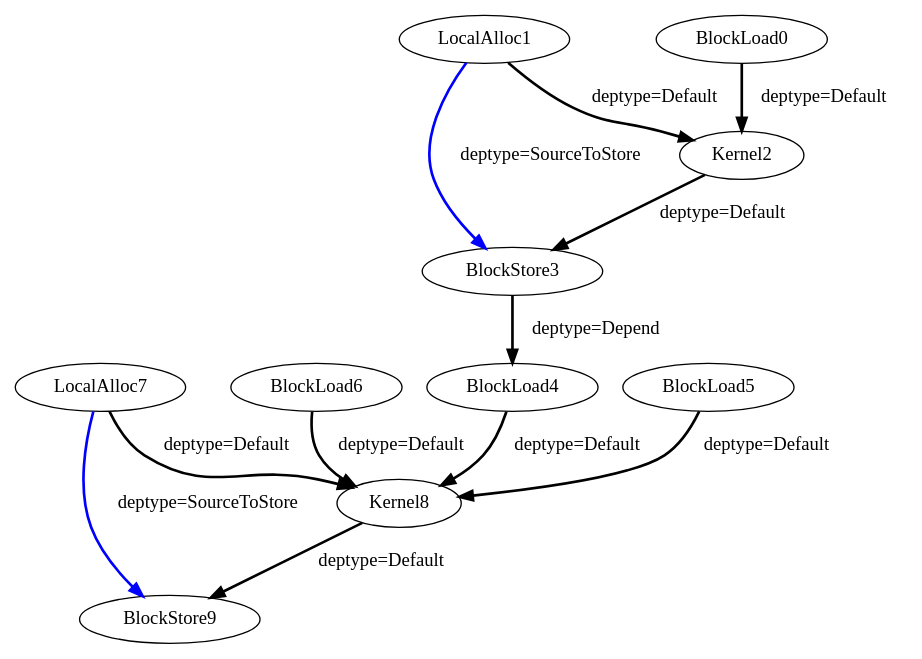
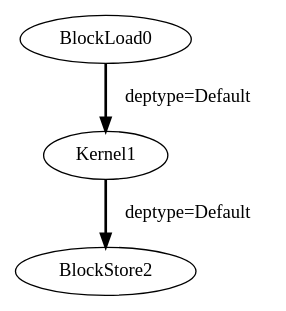
The diagram in Block_0_TaskGraph_0.dot (FDU-ME-ARC/adora-compiler), drawn with Graphviz before and after one commit. The commit also changed 2 other files, not shown here.

Commit message:
chore: update task graph dot files, remove stale plan doc

```diff
--- a/Block_0_TaskGraph_0.dot
+++ b/Block_0_TaskGraph_0.dot
@@ -1,23 +1,7 @@
 Digraph G {
-BlockStore9[type = "BlockStoreNode", KernelName = "gemm_opt_1"];
-Kernel8[type = "KernelNode", KernelName = "gemm_opt_1"];
-LocalAlloc7[type = "LocalAllocNode", KernelName = "gemm_opt_1"];
-BlockLoad6[type = "BlockLoadNode", KernelName = "gemm_opt_1"];
-BlockLoad4[type = "BlockLoadNode", KernelName = "gemm_opt_1"];
-BlockStore3[type = "BlockStoreNode", KernelName = "gemm_opt_0"];
-Kernel2[type = "KernelNode", KernelName = "gemm_opt_0"];
-LocalAlloc1[type = "LocalAllocNode", KernelName = "gemm_opt_0"];
-BlockLoad5[type = "BlockLoadNode", KernelName = "gemm_opt_1"];
-BlockLoad0[type = "BlockLoadNode", KernelName = "gemm_opt_0"];
-BlockLoad0 -> Kernel2[color = black, style = bold, deptype = Default, label = "deptype=Default"];
-LocalAlloc1 -> Kernel2[color = black, style = bold, deptype = Default, label = "deptype=Default"];
-LocalAlloc1 -> BlockStore3[color = blue, style = bold, deptype = SourceToStore, label = "deptype=SourceToStore"];
-Kernel2 -> BlockStore3[color = black, style = bold, deptype = Default, label = "deptype=Default"];
-BlockStore3 -> BlockLoad4[color = black, style = bold, deptype = Depend, label = "deptype=Depend"];
-BlockLoad4 -> Kernel8[color = black, style = bold, deptype = Default, label = "deptype=Default"];
-BlockLoad5 -> Kernel8[color = black, style = bold, deptype = Default, label = "deptype=Default"];
-BlockLoad6 -> Kernel8[color = black, style = bold, deptype = Default, label = "deptype=Default"];
-LocalAlloc7 -> Kernel8[color = black, style = bold, deptype = Default, label = "deptype=Default"];
-LocalAlloc7 -> BlockStore9[color = blue, style = bold, deptype = SourceToStore, label = "deptype=SourceToStore"];
-Kernel8 -> BlockStore9[color = black, style = bold, deptype = Default, label = "deptype=Default"];
+BlockStore2[type = "BlockStoreNode", KernelName = "chain_0"];
+Kernel1[type = "KernelNode", KernelName = "chain_0"];
+BlockLoad0[type = "BlockLoadNode", KernelName = "chain_0"];
+BlockLoad0 -> Kernel1[color = black, style = bold, deptype = Default, label = "deptype=Default"];
+Kernel1 -> BlockStore2[color = black, style = bold, deptype = Default, label = "deptype=Default"];
 }
```
